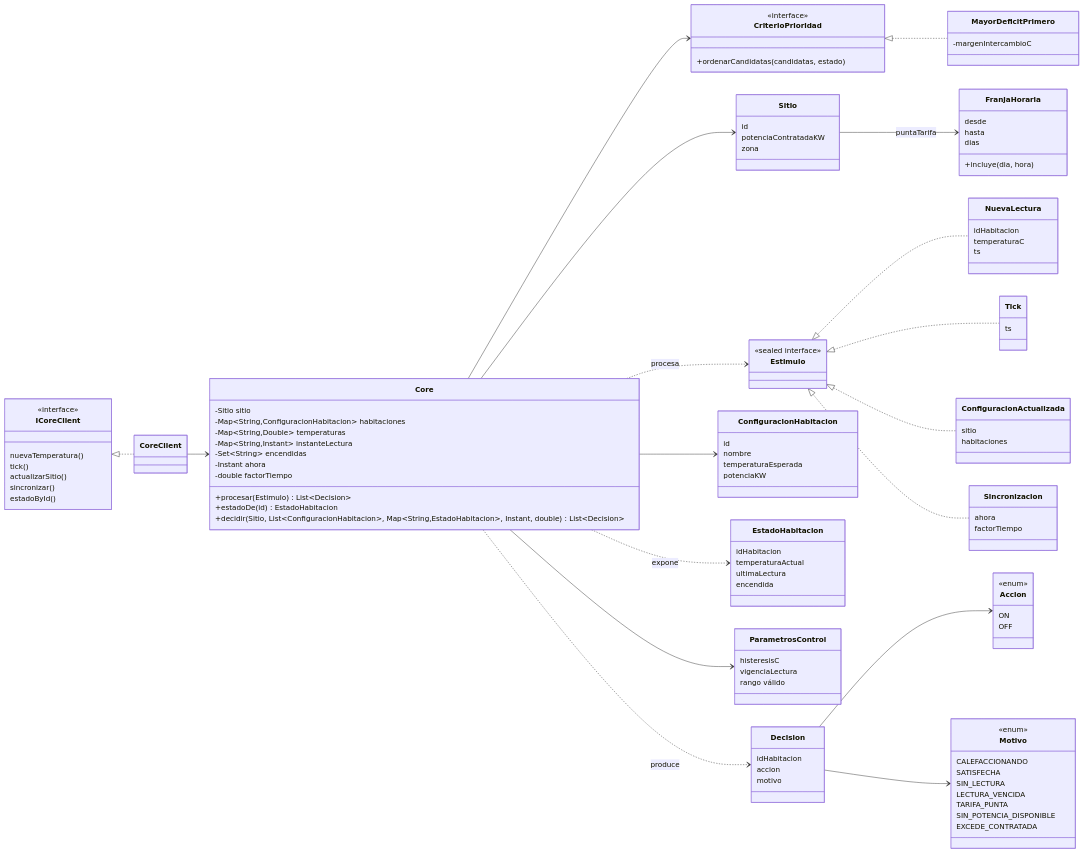
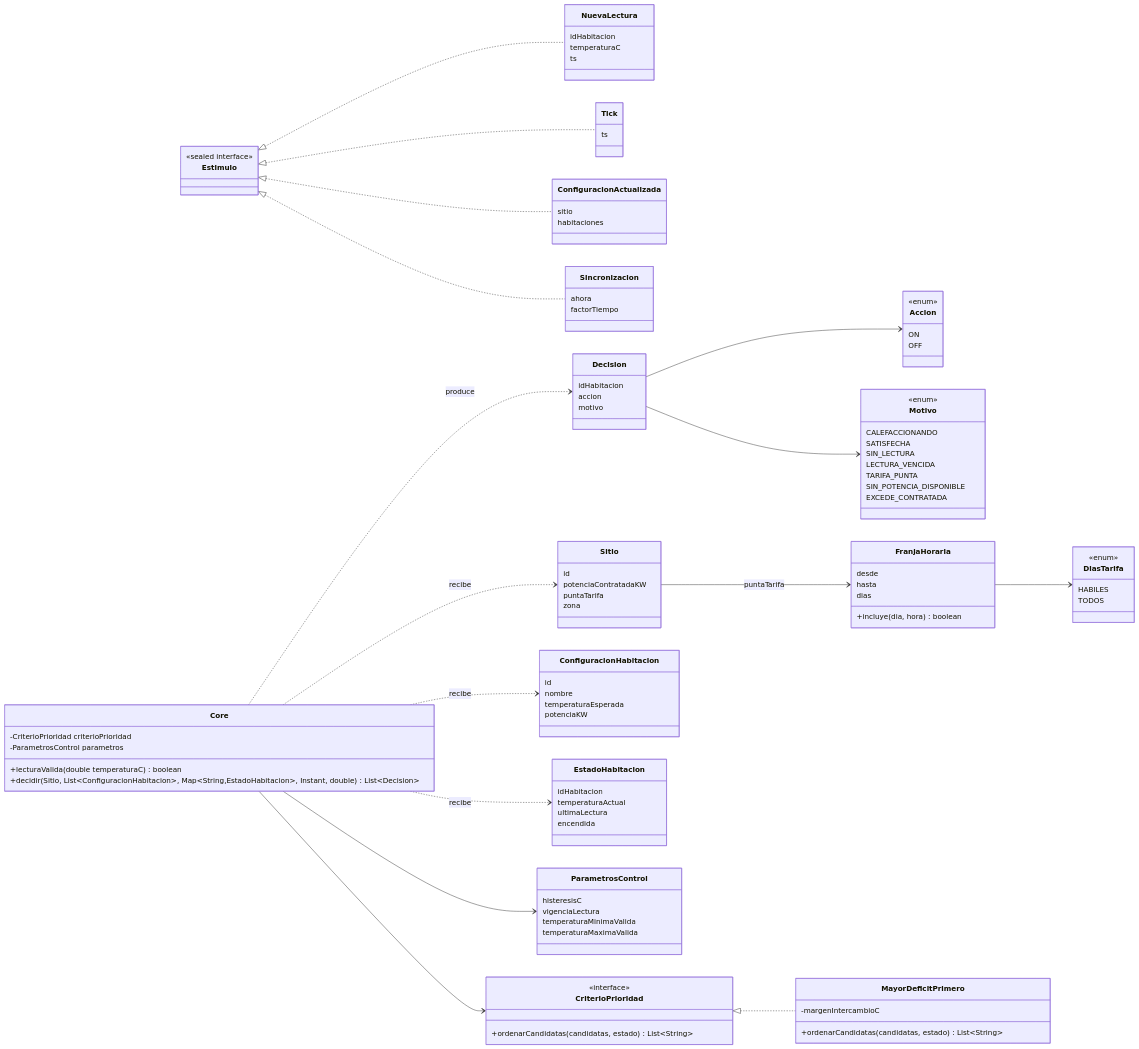
Before and after one commit to BrayanBCode/iiss-2026-grupo-4: the second of 9 diagrams in docs/arquitectura/4mas1.md, drawn with Mermaid. The commit also changed other lines of this file and 1 other file, not shown here.

Commit message:
docs: 4+1 actualizado al diseño actual del core y del engine (T11a)

````diff
--- a/docs/arquitectura/4mas1.md
+++ b/docs/arquitectura/4mas1.md
@@ -55,15 +59,9 @@
 classDiagram
     direction LR
     class Core {
-      -Sitio sitio
-      -Map~String,ConfiguracionHabitacion~ habitaciones
-      -Map~String,Double~ temperaturas
-      -Map~String,Instant~ instanteLectura
-      -Set~String~ encendidas
-      -Instant ahora
-      -double factorTiempo
-      +procesar(Estimulo) List~Decision~
-      +estadoDe(id) EstadoHabitacion
+      -CriterioPrioridad criterioPrioridad
+      -ParametrosControl parametros
+      +lecturaValida(double temperaturaC) boolean
       +decidir(Sitio, List~ConfiguracionHabitacion~, Map~String,EstadoHabitacion~, Instant, double) List~Decision~
     }
     class Estimulo {
@@ -116,13 +114,19 @@
     class Sitio {
       id
       potenciaContratadaKW
+      puntaTarifa
       zona
     }
     class FranjaHoraria {
       desde
       hasta
       dias
-      +incluye(dia, hora)
+      +incluye(dia, hora) boolean
+    }
+    class DiasTarifa {
+      <<enum>>
+      HABILES
+      TODOS
     }
     class ConfiguracionHabitacion {
       id
@@ -139,36 +143,26 @@
     class ParametrosControl {
       histeresisC
       vigenciaLectura
-      rango válido
+      temperaturaMinimaValida
+      temperaturaMaximaValida
     }
     Sitio --> FranjaHoraria : puntaTarifa
+    FranjaHoraria --> DiasTarifa
 
     class CriterioPrioridad {
       <<interface>>
-      +ordenarCandidatas(candidatas, estado)
+      +ordenarCandidatas(candidatas, estado) List~String~
     }
     class MayorDeficitPrimero {
       -margenIntercambioC
+      +ordenarCandidatas(candidatas, estado) List~String~
     }
     CriterioPrioridad <|.. MayorDeficitPrimero
 
-    class ICoreClient {
-      <<interface>>
-      nuevaTemperatura()
-      tick()
-      actualizarSitio()
-      sincronizar()
-      estadoById()
-    }
-    class CoreClient
-    ICoreClient <|.. CoreClient
-    CoreClient --> Core
-
     Core --> CriterioPrioridad
     Core --> ParametrosControl
-    Core --> Sitio
-    Core --> ConfiguracionHabitacion
-    Core ..> Estimulo : procesa
+    Core ..> Sitio : recibe
+    Core ..> ConfiguracionHabitacion : recibe
+    Core ..> EstadoHabitacion : recibe
     Core ..> Decision : produce
-    Core ..> EstadoHabitacion : expone
 ```
````
